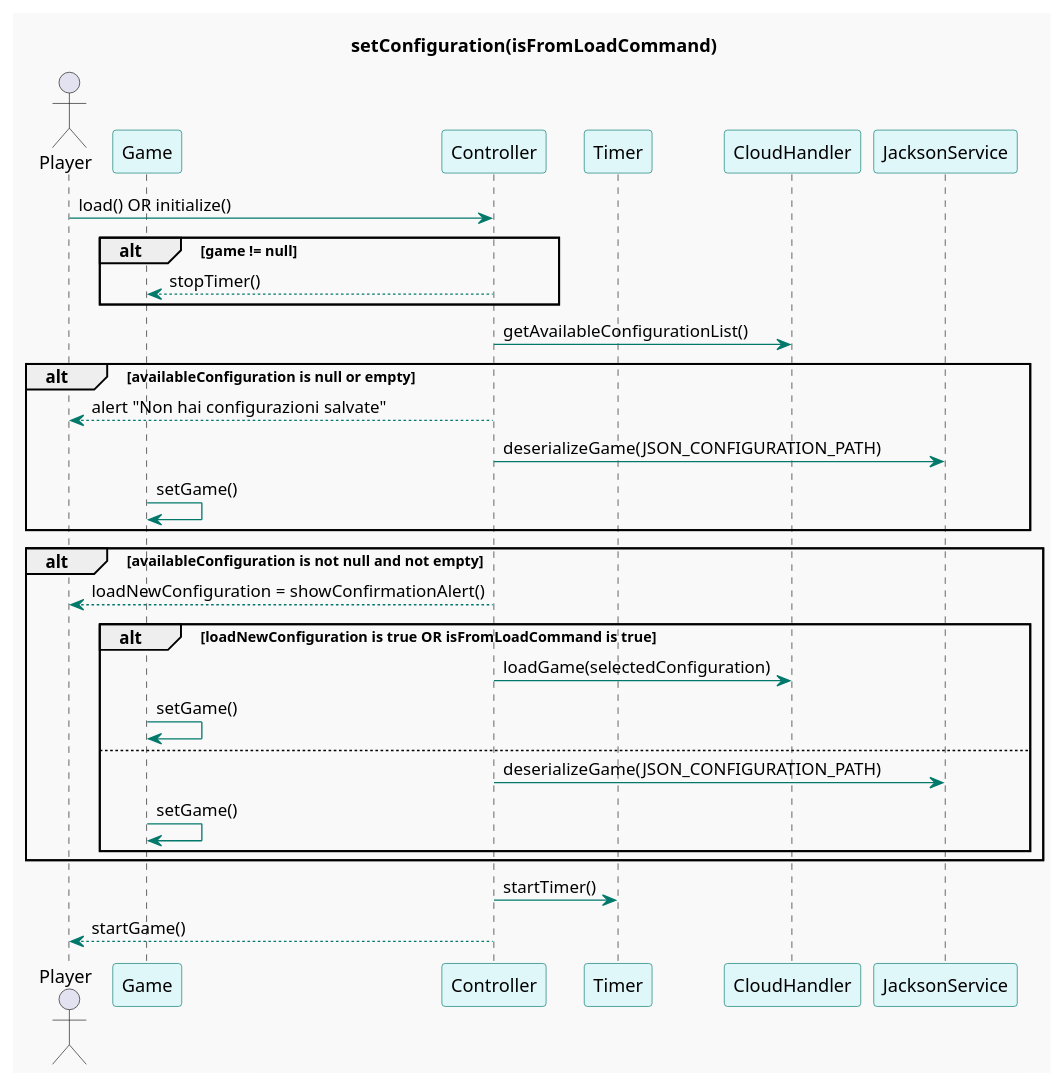
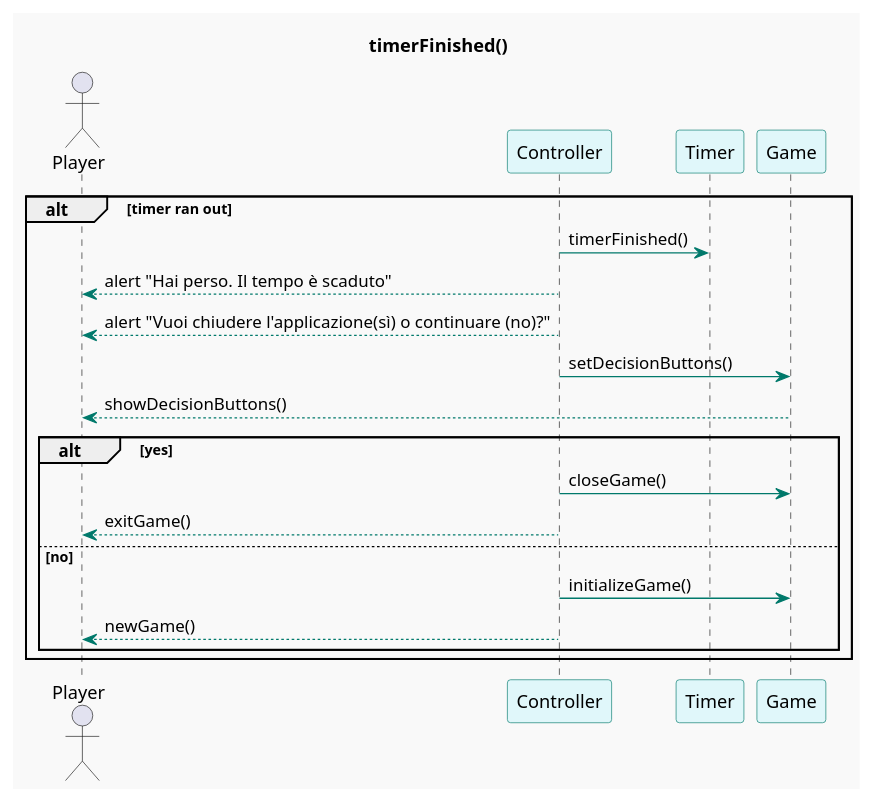
The third of 4 diagrams in internal_sequence_diagrams.md (marchettialessio/gastronomia_team14), drawn with PlantUML before and after one commit. The commit also changed other lines of this file, not shown here.

```diff
--- a/internal_sequence_diagrams.md
+++ b/internal_sequence_diagrams.md
@@ -82,45 +82,39 @@
 @startuml
 
-title setConfiguration(isFromLoadCommand)
+title timerFinished()
 
 skinparam backgroundColor #f9f9f9
 skinparam participantBackgroundColor #e0f7fa
 skinparam participantBorderColor #00796b
 skinparam sequenceArrowColor #00796b
 skinparam sequenceBoxBackgroundColor #b2dfdb
 skinparam sequenceBoxBorderColor #004d40
 skinparam criticalBackgroundColor #ffcdd2
 skinparam criticalBorderColor #b71c1c
 skinparam altBackgroundColor #d1c4e9
 skinparam altBorderColor #512da8
 
+
 actor Player
-participant Game
 participant Controller
 participant Timer
-participant CloudHandler
-participant JacksonService
+participant Game
 
-Player -> Controller: load() OR initialize()
-alt game != null
-    Controller --> Game : stopTimer()
+
+alt timer ran out
+Controller -> Timer: timerFinished()
+Controller --> Player: alert "Hai perso. Il tempo è scaduto"
+Controller --> Player: alert "Vuoi chiudere l'applicazione(sì) o continuare (no)?"
+Controller -> Game: setDecisionButtons()
+Game --> Player: showDecisionButtons()
+alt yes
+    Controller -> Game: closeGame()
+    Controller --> Player: exitGame()
+else no
+    Controller -> Game: initializeGame()
+    Controller --> Player: newGame()
 end
-Controller -> CloudHandler : getAvailableConfigurationList()
-alt availableConfiguration is null or empty
-    Controller --> Player: alert "Non hai configurazioni salvate"
-    Controller -> JacksonService : deserializeGame(JSON_CONFIGURATION_PATH)
-    Game -> Game : setGame()
+
+
 end
-alt availableConfiguration is not null and not empty
-    Controller --> Player : loadNewConfiguration = showConfirmationAlert()
-    alt loadNewConfiguration is true OR isFromLoadCommand is true
-        Controller -> CloudHandler : loadGame(selectedConfiguration)
-        Game -> Game : setGame()
-    else
-        Controller -> JacksonService : deserializeGame(JSON_CONFIGURATION_PATH)
-        Game -> Game : setGame()
-    end
-end
-Controller -> Timer : startTimer()
-Controller --> Player: startGame()
 @enduml
```
